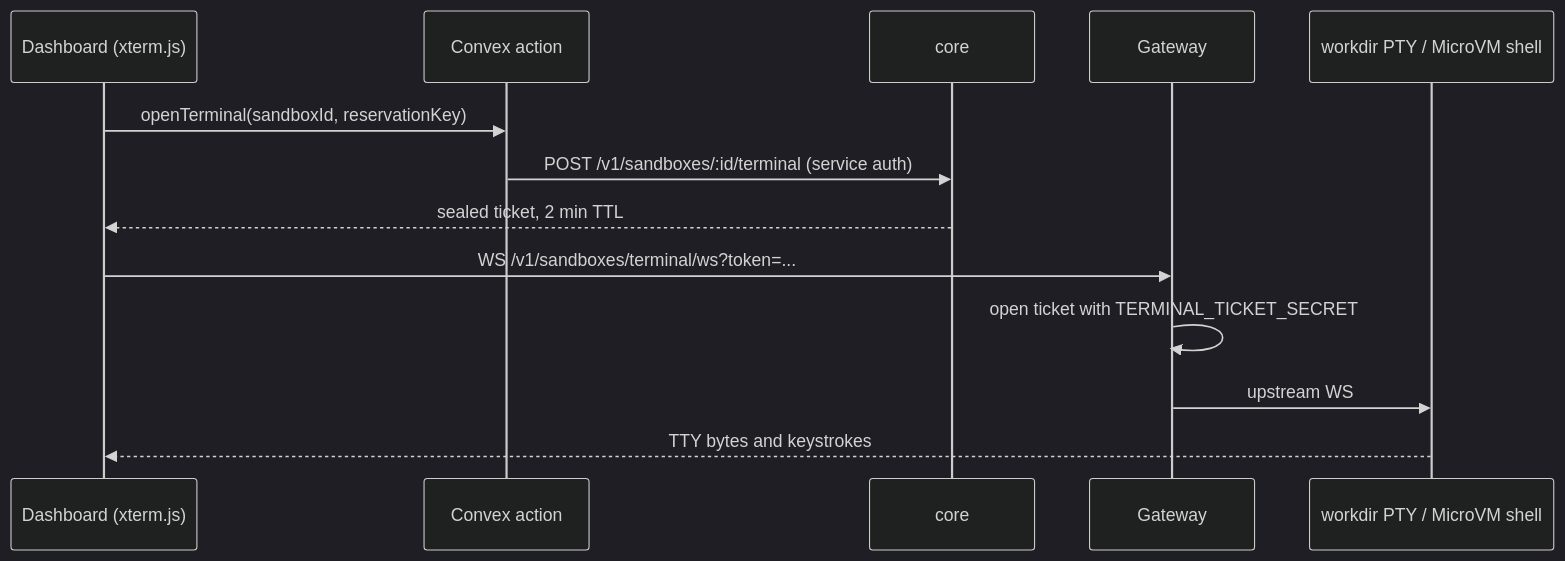
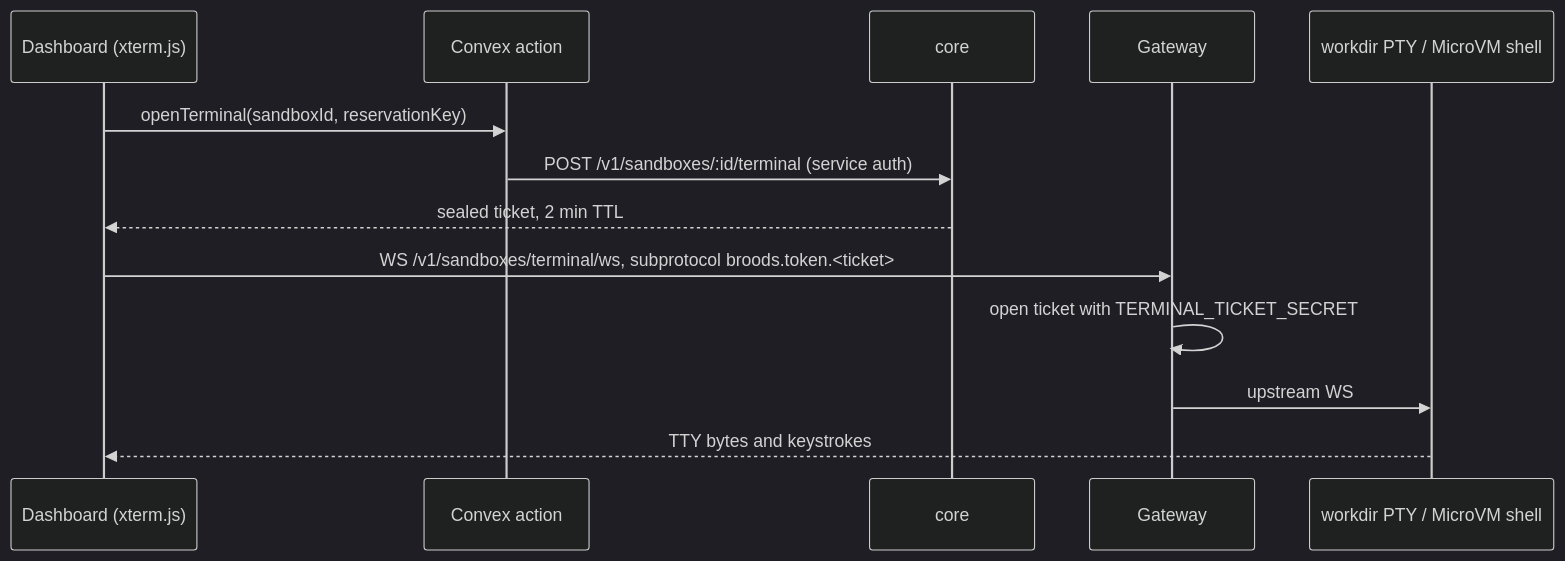
One commit to beeblastco/broods changed the sixth of 6 diagrams in apps/docs/docs/internals/sandboxes.md. Above: the diagram before and after it, drawn with Mermaid (dark theme). The commit also changed other lines of this file and 10 other files, not shown here.

First line of the commit message:
fix(gateway): send the terminal ticket as a subprotocol and accept it once

````diff
--- a/apps/docs/docs/internals/sandboxes.md
+++ b/apps/docs/docs/internals/sandboxes.md
@@ -263,16 +263,16 @@
 ```mermaid
 sequenceDiagram
   participant D as Dashboard (xterm.js)
   participant C as Convex action
   participant Core as core
   participant G as Gateway
   participant P as workdir PTY / MicroVM shell
 
   D->>C: openTerminal(sandboxId, reservationKey)
   C->>Core: POST /v1/sandboxes/:id/terminal (service auth)
   Core-->>D: sealed ticket, 2 min TTL
-  D->>G: WS /v1/sandboxes/terminal/ws?token=...
+  D->>G: WS /v1/sandboxes/terminal/ws, subprotocol broods.token.<ticket>
   G->>G: open ticket with TERMINAL_TICKET_SECRET
   G->>P: upstream WS
   P-->>D: TTY bytes and keystrokes
 ```
````
